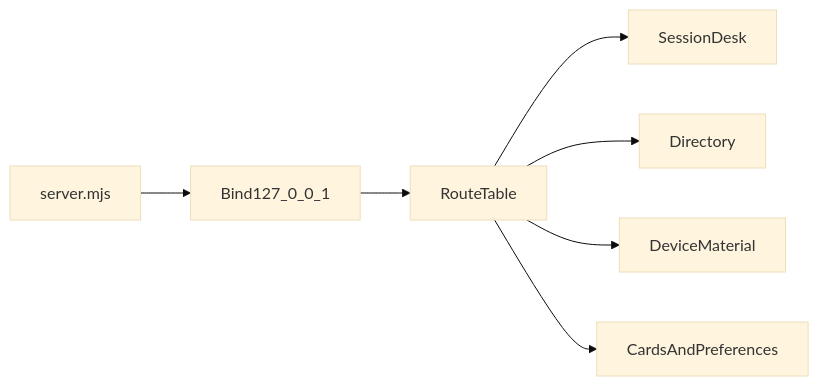
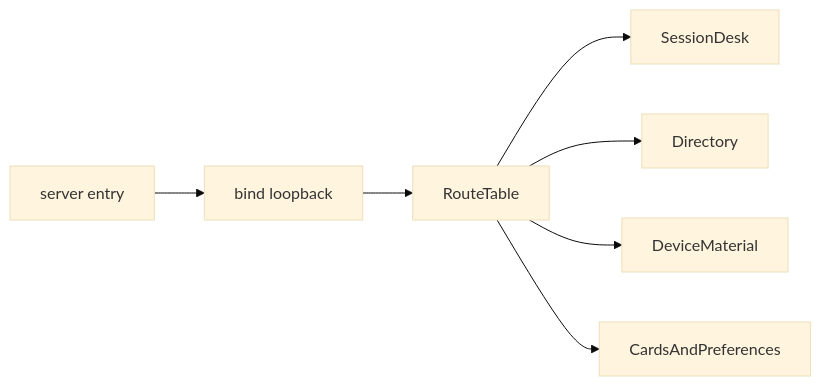
One commit to NPS-Dive/lumen-relay-quality-harness changed the diagram in mock/README.md. Above: the diagram before and after it, drawn with Mermaid (base theme). The commit also changed 12 other files, not shown here.

First line of the commit message:
fix: render architecture diagrams on GitHub

````diff
--- a/mock/README.md
+++ b/mock/README.md
@@ -22,9 +22,9 @@
 ```mermaid
-flowchart LR
-  entry[server.mjs] --> bind[Bind127_0_0_1]
+graph LR
+  entry["server entry"] --> bind["bind loopback"]
   bind --> router[RouteTable]
   router --> desk[SessionDesk]
   router --> directory[Directory]
   router --> material[DeviceMaterial]
   router --> profile[CardsAndPreferences]
 ```
````
